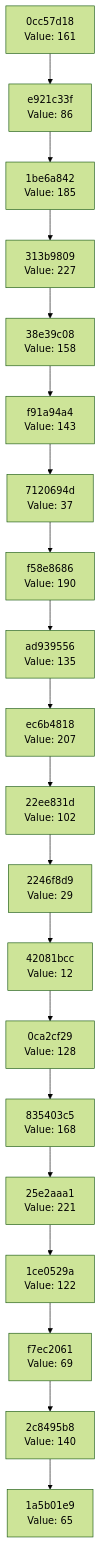
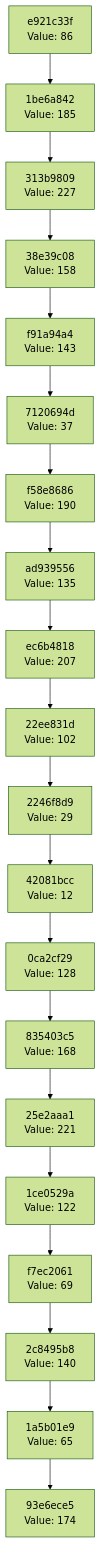
One commit to Abhisheksinha1506/hash-chain-evolver changed the diagram in docs/CHAIN_VISUALIZATION.md. Above: the diagram before and after it, drawn with Mermaid (forest theme). The commit also changed 3 other files, not shown here.

````diff
--- a/docs/CHAIN_VISUALIZATION.md
+++ b/docs/CHAIN_VISUALIZATION.md
@@ -3,42 +3,42 @@
 ```mermaid
 graph TD
-    C0["1a5b01e9<br/>Value: 65"]
-    C1["2c8495b8<br/>Value: 140"]
+    C0["93e6ece5<br/>Value: 174"]
+    C1["1a5b01e9<br/>Value: 65"]
     C1 --> C0
-    C2["f7ec2061<br/>Value: 69"]
+    C2["2c8495b8<br/>Value: 140"]
     C2 --> C1
-    C3["1ce0529a<br/>Value: 122"]
+    C3["f7ec2061<br/>Value: 69"]
     C3 --> C2
-    C4["25e2aaa1<br/>Value: 221"]
+    C4["1ce0529a<br/>Value: 122"]
     C4 --> C3
-    C5["835403c5<br/>Value: 168"]
+    C5["25e2aaa1<br/>Value: 221"]
     C5 --> C4
-    C6["0ca2cf29<br/>Value: 128"]
+    C6["835403c5<br/>Value: 168"]
     C6 --> C5
-    C7["42081bcc<br/>Value: 12"]
+    C7["0ca2cf29<br/>Value: 128"]
     C7 --> C6
-    C8["2246f8d9<br/>Value: 29"]
+    C8["42081bcc<br/>Value: 12"]
     C8 --> C7
-    C9["22ee831d<br/>Value: 102"]
+    C9["2246f8d9<br/>Value: 29"]
     C9 --> C8
-    C10["ec6b4818<br/>Value: 207"]
+    C10["22ee831d<br/>Value: 102"]
     C10 --> C9
-    C11["ad939556<br/>Value: 135"]
+    C11["ec6b4818<br/>Value: 207"]
     C11 --> C10
-    C12["f58e8686<br/>Value: 190"]
+    C12["ad939556<br/>Value: 135"]
     C12 --> C11
-    C13["7120694d<br/>Value: 37"]
+    C13["f58e8686<br/>Value: 190"]
     C13 --> C12
-    C14["f91a94a4<br/>Value: 143"]
+    C14["7120694d<br/>Value: 37"]
     C14 --> C13
-    C15["38e39c08<br/>Value: 158"]
+    C15["f91a94a4<br/>Value: 143"]
     C15 --> C14
-    C16["313b9809<br/>Value: 227"]
+    C16["38e39c08<br/>Value: 158"]
     C16 --> C15
-    C17["1be6a842<br/>Value: 185"]
+    C17["313b9809<br/>Value: 227"]
     C17 --> C16
-    C18["e921c33f<br/>Value: 86"]
+    C18["1be6a842<br/>Value: 185"]
     C18 --> C17
-    C19["0cc57d18<br/>Value: 161"]
+    C19["e921c33f<br/>Value: 86"]
     C19 --> C18
 ```
````
